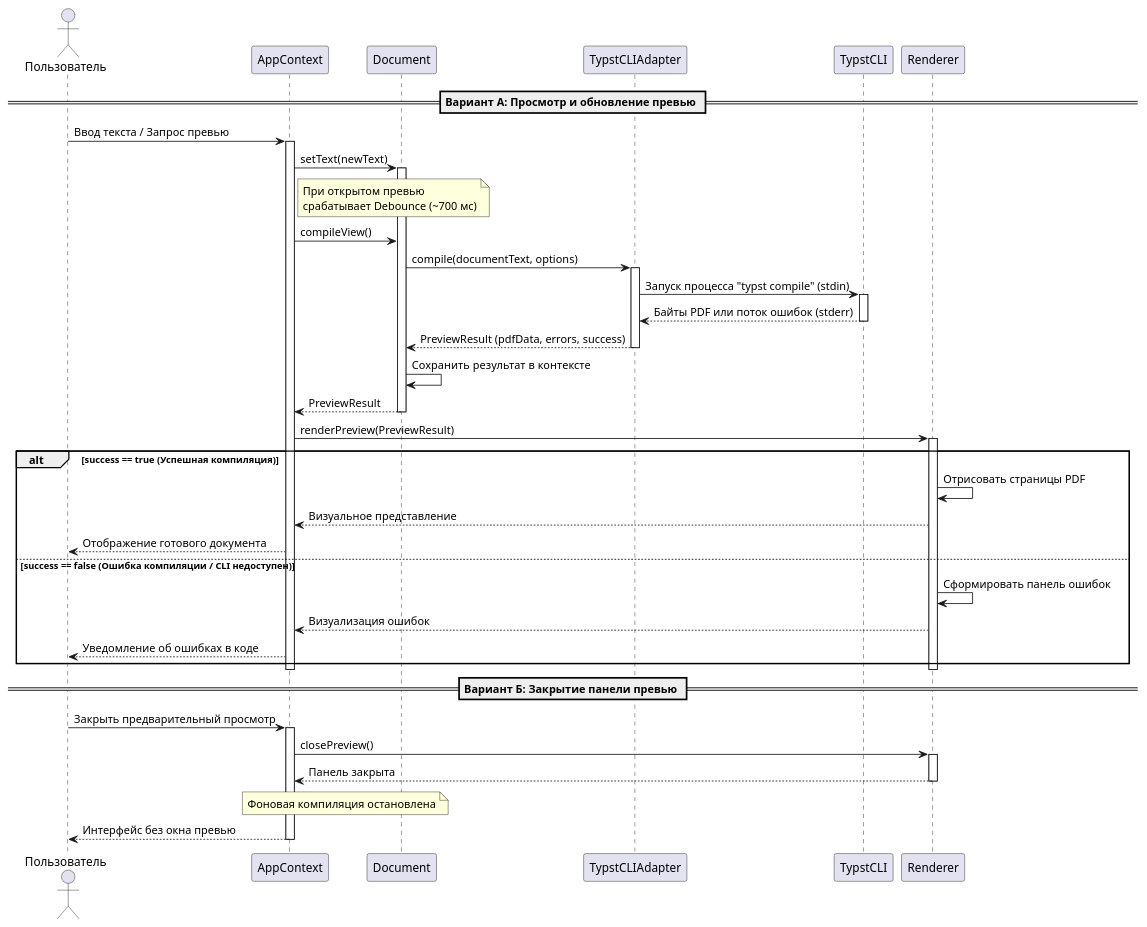
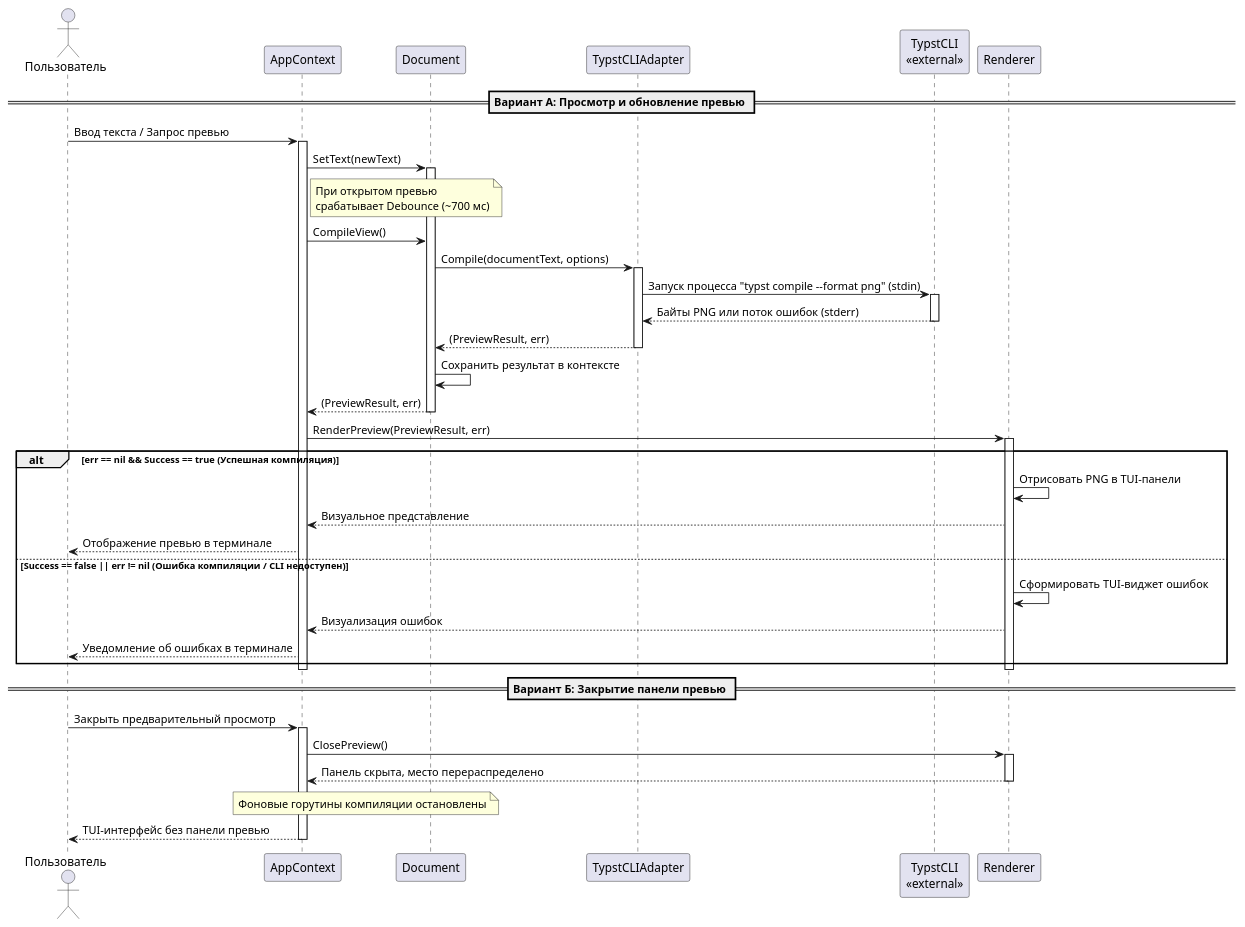
One commit to penamarth/bsbo-10-24_team5_var11_textedit changed the diagram in docs/precedents/typst_preview/typst_preview_sequence.puml. Above: the diagram before and after it, drawn with PlantUML. The commit also changed 1 other file, not shown here.

Commit message:
docs: two files have been updated in accordance with GO and TUI

```diff
--- a/docs/precedents/typst_preview/typst_preview_sequence.puml
+++ b/docs/precedents/typst_preview/typst_preview_sequence.puml
@@ -1,62 +1,62 @@
 @startuml
 actor Пользователь
 participant AppContext
 participant Document
 participant TypstCLIAdapter
-participant TypstCLI
+participant "TypstCLI\n<<external>>" as TypstCLI
 participant Renderer
 
 == Вариант А: Просмотр и обновление превью ==
 
 Пользователь -> AppContext : Ввод текста / Запрос превью
 activate AppContext
 
-AppContext -> Document : setText(newText)
+AppContext -> Document : SetText(newText)
 activate Document
 note right of AppContext : При открытом превью\nсрабатывает Debounce (~700 мс)
 
-AppContext -> Document : compileView()
-Document -> TypstCLIAdapter : compile(documentText, options)
+AppContext -> Document : CompileView()
+Document -> TypstCLIAdapter : Compile(documentText, options)
 activate TypstCLIAdapter
 
-TypstCLIAdapter -> TypstCLI : Запуск процесса "typst compile" (stdin)
+TypstCLIAdapter -> TypstCLI : Запуск процесса "typst compile --format png" (stdin)
 activate TypstCLI
-TypstCLIAdapter <-- TypstCLI : Байты PDF или поток ошибок (stderr)
+TypstCLIAdapter <-- TypstCLI : Байты PNG или поток ошибок (stderr)
 deactivate TypstCLI
 
-Document <-- TypstCLIAdapter : PreviewResult (pdfData, errors, success)
+Document <-- TypstCLIAdapter : (PreviewResult, err)
 deactivate TypstCLIAdapter
 
 Document -> Document : Сохранить результат в контексте
-AppContext <-- Document : PreviewResult
+AppContext <-- Document : (PreviewResult, err)
 deactivate Document
 
-AppContext -> Renderer : renderPreview(PreviewResult)
+AppContext -> Renderer : RenderPreview(PreviewResult, err)
 activate Renderer
 
-alt success == true (Успешная компиляция)
-    Renderer -> Renderer : Отрисовать страницы PDF
+alt err == nil && Success == true (Успешная компиляция)
+    Renderer -> Renderer : Отрисовать PNG в TUI-панели
     AppContext <-- Renderer : Визуальное представление
-    Пользователь <-- AppContext : Отображение готового документа
-else success == false (Ошибка компиляции / CLI недоступен)
-    Renderer -> Renderer : Сформировать панель ошибок
+    Пользователь <-- AppContext : Отображение превью в терминале
+else Success == false || err != nil (Ошибка компиляции / CLI недоступен)
+    Renderer -> Renderer : Сформировать TUI-виджет ошибок
     AppContext <-- Renderer : Визуализация ошибок
-    Пользователь <-- AppContext : Уведомление об ошибках в коде
+    Пользователь <-- AppContext : Уведомление об ошибках в терминале
 end
 
 deactivate Renderer
 deactivate AppContext
 
 == Вариант Б: Закрытие панели превью ==
 
 Пользователь -> AppContext : Закрыть предварительный просмотр
 activate AppContext
-AppContext -> Renderer : closePreview()
+AppContext -> Renderer : ClosePreview()
 activate Renderer
-AppContext <-- Renderer : Панель закрыта
+AppContext <-- Renderer : Панель скрыта, место перераспределено
 deactivate Renderer
-note over AppContext, Document : Фоновая компиляция остановлена
-Пользователь <-- AppContext : Интерфейс без окна превью
+note over AppContext, Document : Фоновые горутины компиляции остановлены
+Пользователь <-- AppContext : TUI-интерфейс без панели превью
 deactivate AppContext
 
 @enduml
```
